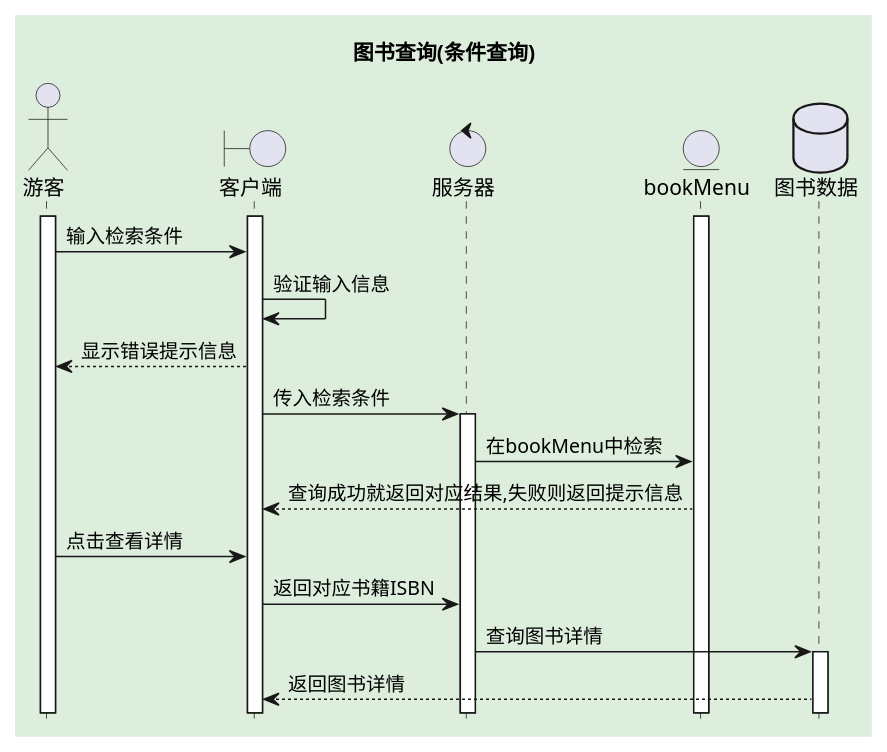
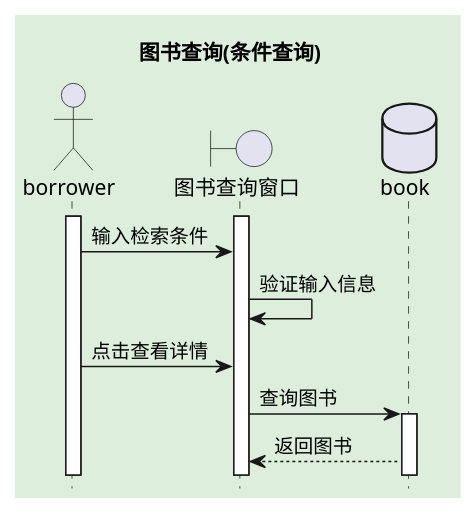
Before and after one commit to 201610414130/is_analysis-4: the first of 11 diagrams in test4/uaseCase.pu, drawn with PlantUML. The commit also changed other lines of this file and 13 other files, not shown here.

```diff
--- a/test4/uaseCase.pu
+++ b/test4/uaseCase.pu
@@ -1,26 +1,16 @@
 @startuml 图书查询(条件查询)
 title 图书查询(条件查询)
 hide footbox
 skinparam backgroundColor #ded
-actor 游客
-boundary 客户端
-control 服务器
-entity bookMenu
-database 图书数据
-
-activate 游客
-activate bookMenu
-activate 客户端
-游客 -> 客户端: 输入检索条件
-客户端 -> 客户端: 验证输入信息
-客户端 --> 游客: 显示错误提示信息
-客户端 -> 服务器: 传入检索条件
-activate 服务器
-服务器 -> bookMenu: 在bookMenu中检索
-bookMenu --> 客户端: 查询成功就返回对应结果,失败则返回提示信息
-游客 -> 客户端: 点击查看详情
-客户端 -> 服务器: 返回对应书籍ISBN
-服务器 -> 图书数据: 查询图书详情
-activate 图书数据
-图书数据 --> 客户端: 返回图书详情
+actor borrower
+boundary 图书查询窗口
+activate borrower
+activate 图书查询窗口
+borrower -> 图书查询窗口: 输入检索条件
+图书查询窗口 -> 图书查询窗口: 验证输入信息
+borrower -> 图书查询窗口: 点击查看详情
+database book
+图书查询窗口 -> book: 查询图书
+activate book
+book --> 图书查询窗口: 返回图书
 @enduml
```
